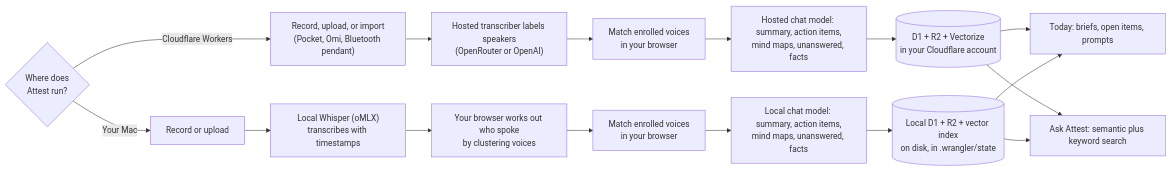
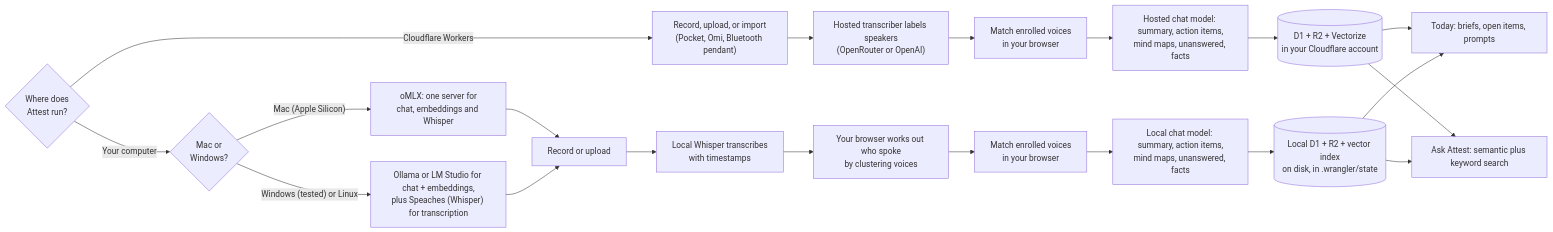
The diagram in README.md (jkhall316/Attest), drawn with Mermaid before and after one commit. The commit also changed other lines of this file and 1 other file, not shown here.

Commit message:
Setup: a complete step-by-step guide (SETUP.md) with one recommended route; Windows in the diagram
- SETUP.md: every route from 'open a terminal' to a working app, with pre-flight checklist,
  exact wizard answers, 'you should see' checks, phone install, updating, backups, removal,
  and a plain-language troubleshooting table
- Opinionated: Cloudflare + OpenRouter with defaults is the recommended path
- README: points to SETUP.md; mermaid now shows Mac (oMLX) and Windows (Ollama + Speaches, tested)

````diff
--- a/README.md
+++ b/README.md
@@ -62,22 +62,26 @@
 ```mermaid
 flowchart LR
   S{"Where does<br/>Attest run?"}
 
   S -->|"Cloudflare Workers"| C1["Record, upload, or import<br/>(Pocket, Omi, Bluetooth pendant)"]
   C1 --> C2["Hosted transcriber labels speakers<br/>(OpenRouter or OpenAI)"]
   C2 --> M["Match enrolled voices<br/>in your browser"]
   M --> C3["Hosted chat model: summary, action items,<br/>mind maps, unanswered, facts"]
   C3 --> C4[("D1 + R2 + Vectorize<br/>in your Cloudflare account")]
 
-  S -->|"Your Mac"| L1["Record or upload"]
-  L1 --> L2["Local Whisper (oMLX)<br/>transcribes with timestamps"]
+  S -->|"Your computer"| L0{"Mac or<br/>Windows?"}
+  L0 -->|"Mac (Apple Silicon)"| LM["oMLX: one server for<br/>chat, embeddings and Whisper"]
+  L0 -->|"Windows (tested) or Linux"| LW["Ollama or LM Studio for chat + embeddings,<br/>plus Speaches (Whisper) for transcription"]
+  LM --> L1["Record or upload"]
+  LW --> L1
+  L1 --> L2["Local Whisper transcribes<br/>with timestamps"]
   L2 --> L3["Your browser works out who spoke<br/>by clustering voices"]
   L3 --> M2["Match enrolled voices<br/>in your browser"]
   M2 --> L4["Local chat model: summary, action items,<br/>mind maps, unanswered, facts"]
   L4 --> L5[("Local D1 + R2 + vector index<br/>on disk, in .wrangler/state")]
 
   C4 --> F["Today: briefs, open items, prompts"]
   C4 --> G["Ask Attest: semantic plus keyword search"]
   L5 --> F
   L5 --> G
 ```
````
